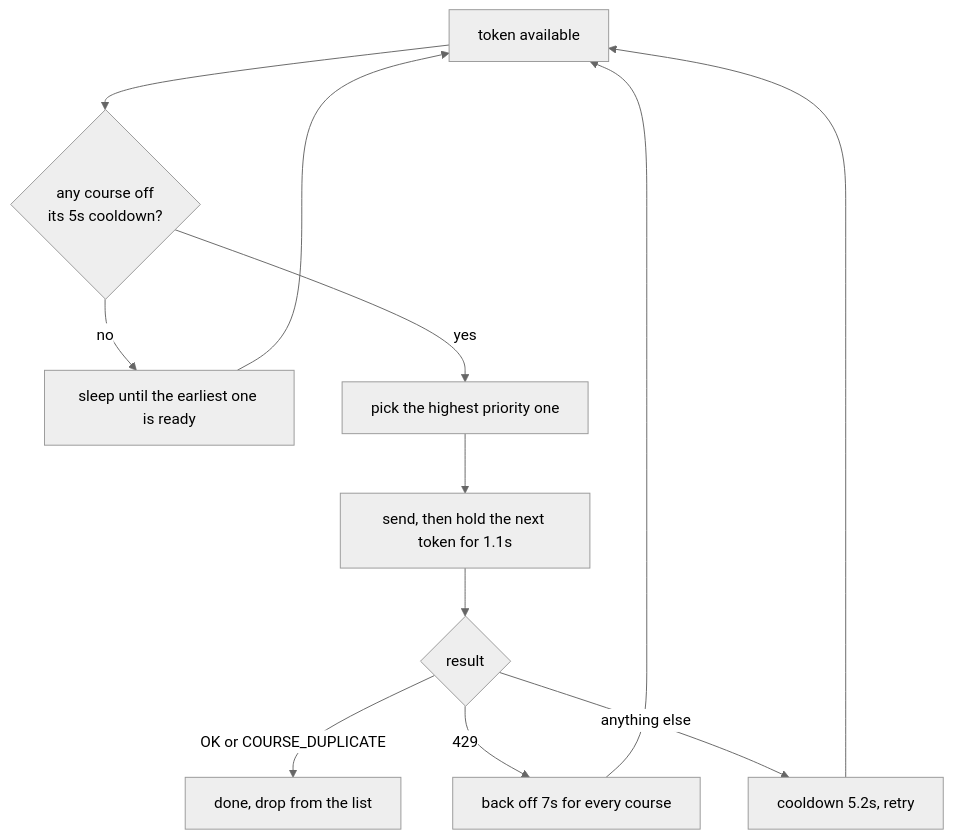
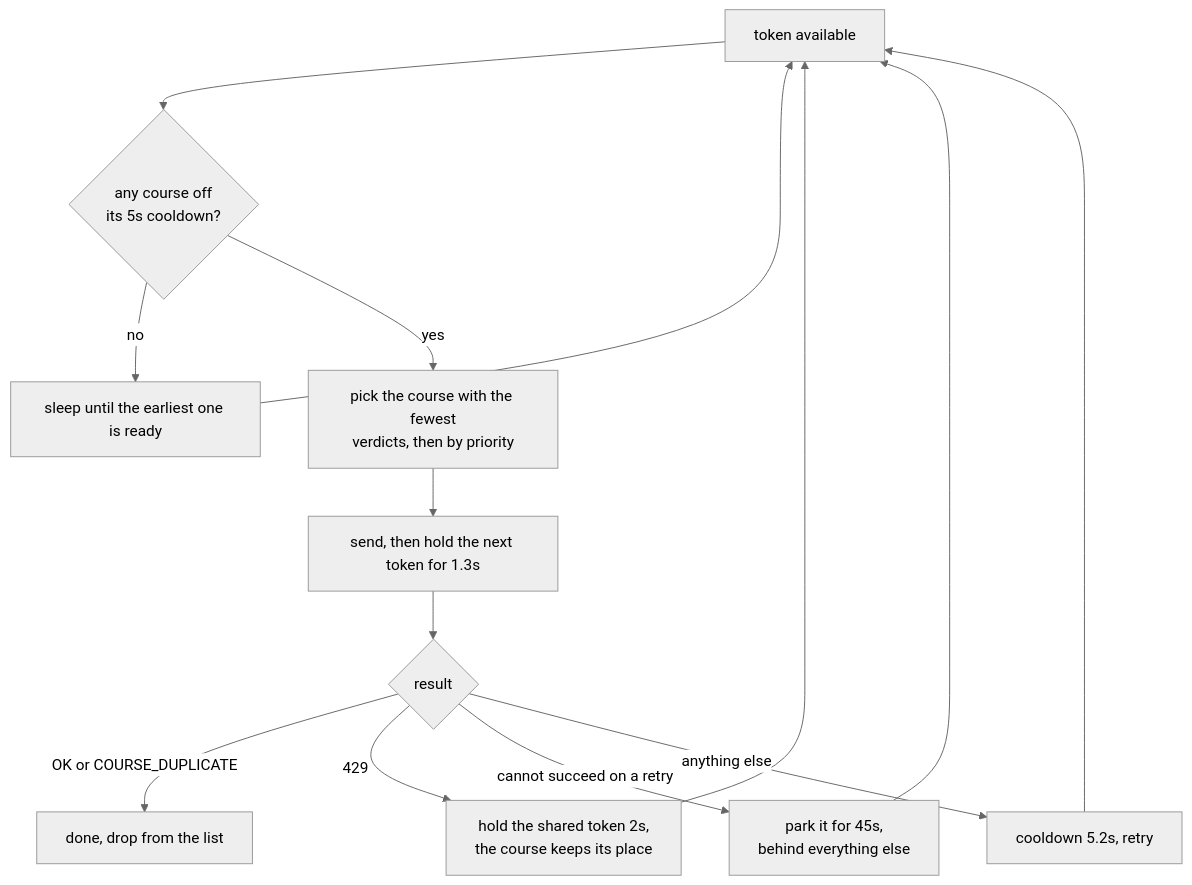
Before and after one commit to erfnzdeh/my.edu.sharif.edu-sniper: the third of 3 diagrams in README.md, drawn with Mermaid (neutral theme). The commit also changed other lines of this file and 2 other files, not shown here.

````diff
--- a/README.md
+++ b/README.md
@@ -147,11 +148,12 @@
 ```mermaid
 flowchart TD
     A["token available"] --> B{"any course off<br/>its 5s cooldown?"}
     B -->|no| C["sleep until the earliest one is ready"] --> A
-    B -->|yes| D["pick the highest priority one"]
-    D --> E["send, then hold the next token for 1.1s"]
+    B -->|yes| D["pick the course with the fewest<br/>verdicts, then by priority"]
+    D --> E["send, then hold the next token for 1.3s"]
     E --> F{"result"}
     F -->|"OK or COURSE_DUPLICATE"| G["done, drop from the list"]
-    F -->|"429"| H["back off 7s for every course"] --> A
+    F -->|"429"| H["hold the shared token 2s,<br/>the course keeps its place"] --> A
+    F -->|"cannot succeed on a retry"| J["park it for 45s,<br/>behind everything else"] --> A
     F -->|"anything else"| I["cooldown 5.2s, retry"] --> A
 ```
````
